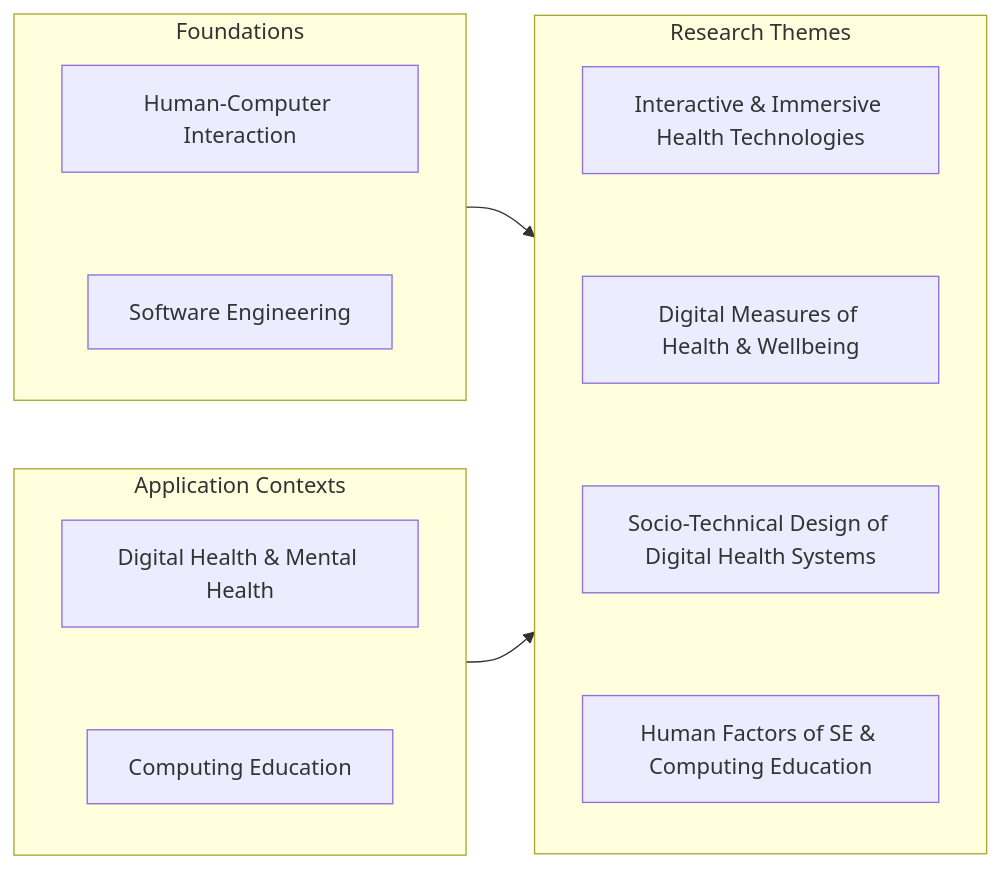
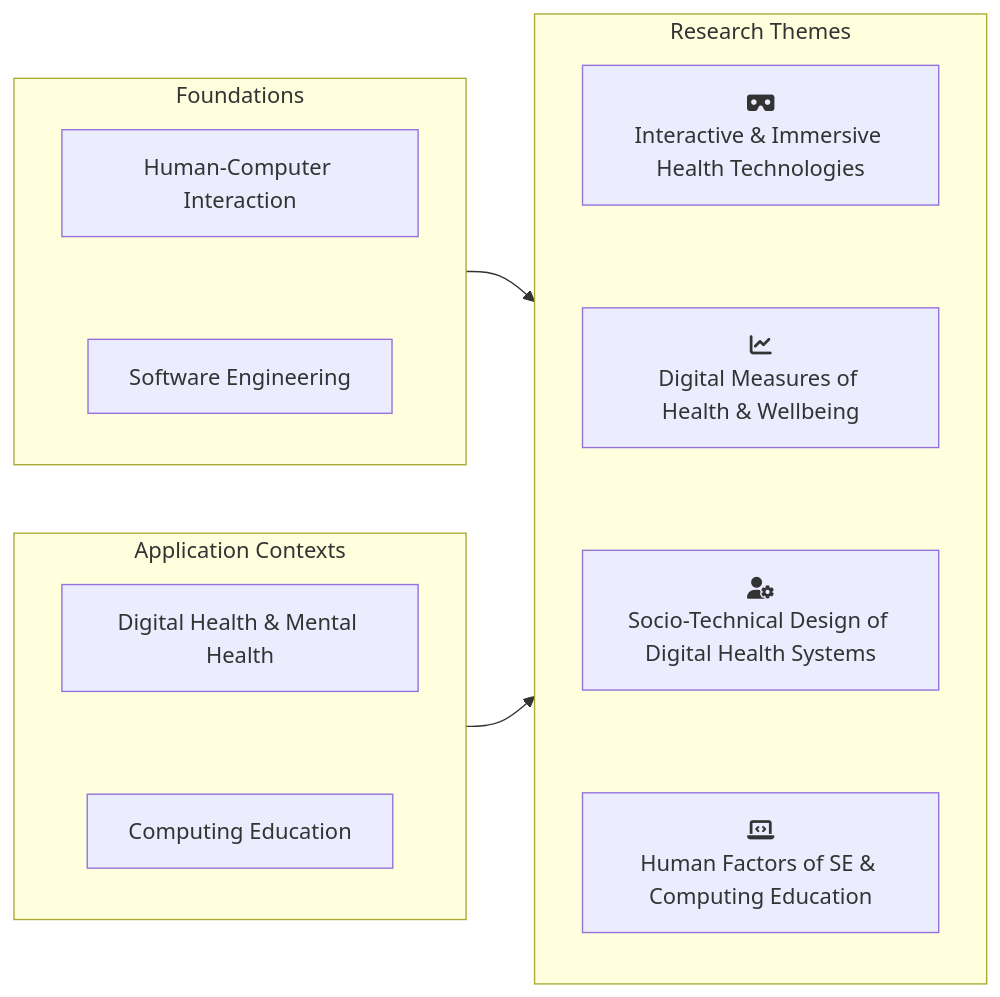
Before and after one commit to ChristopherBull/christopherbull.github.io: the diagram in research/research-themes.md, drawn with Mermaid. The commit also changed other lines of this file, not shown here.

Commit message:
feat: add icons to research theme headings and diagram

````diff
--- a/research/research-themes.md
+++ b/research/research-themes.md
@@ -24,25 +24,25 @@
 ```mermaid
 flowchart LR
 
     subgraph F["Foundations"]
         direction TB
         HCI["Human-Computer Interaction"] ~~~ SE["Software Engineering"]
     end
 
     subgraph T["Research Themes"]
         direction TB
-        I["Interactive & Immersive Health Technologies"] ~~~
-        M["Digital Measures of Health & Wellbeing"] ~~~
-        S["Socio-Technical Design of Digital Health Systems"] ~~~
-        E["Human Factors of SE & Computing Education"]
+        I[<i class="fas fa-vr-cardboard fa-fw headingIcon" aria-hidden="true"></i><br>Interactive & Immersive Health Technologies] ~~~
+        M[<i class="fas fa-chart-line fa-fw headingIcon" aria-hidden="true"></i><br>Digital Measures of Health & Wellbeing] ~~~
+        S[<i class="fas fa-user-gear fa-fw headingIcon" aria-hidden="true"></i><br>Socio-Technical Design of Digital Health Systems] ~~~
+        E[<i class="fas fa-laptop-code fa-fw headingIcon" aria-hidden="true"></i><br>Human Factors of SE & Computing Education]
     end
 
     subgraph C["Application Contexts"]
         direction TB
         DH["Digital Health & Mental Health"] ~~~
         CE["Computing Education"]
     end
 
     F --> T
     C --> T
 ```
````
